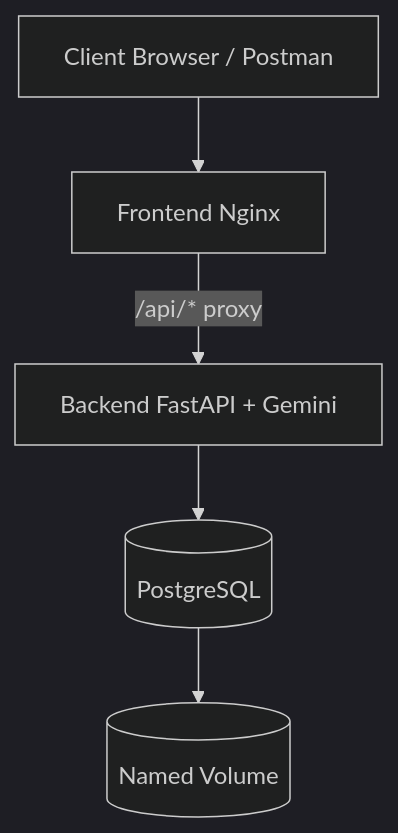
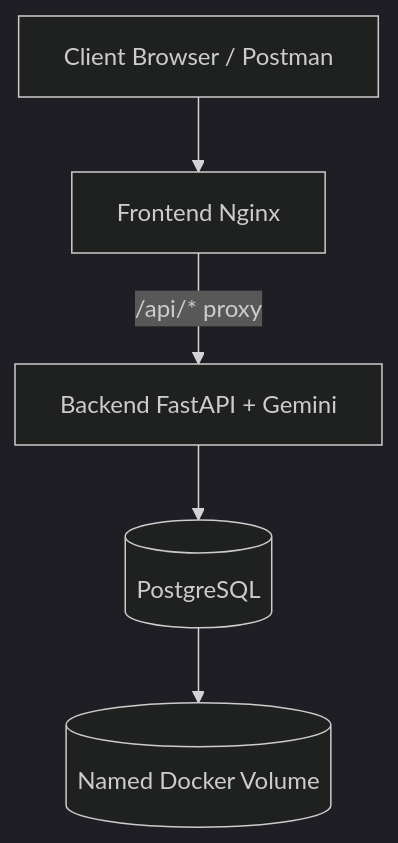
Before and after one commit to sainisourab/containerization-and-devops-labb: the diagram in README.md, drawn with Mermaid (dark theme). The commit also changed other lines of this file and 1 other file, not shown here.

````diff
--- a/README.md
+++ b/README.md
@@ -48,7 +35,7 @@
 ```mermaid
 flowchart TD
     C[Client Browser / Postman] --> F[Frontend Nginx]
     F -->|/api/* proxy| B[Backend FastAPI + Gemini]
     B --> D[(PostgreSQL)]
-    D --> V[(Named Volume)]
+    D --> V[(Named Docker Volume)]
 ```
````
